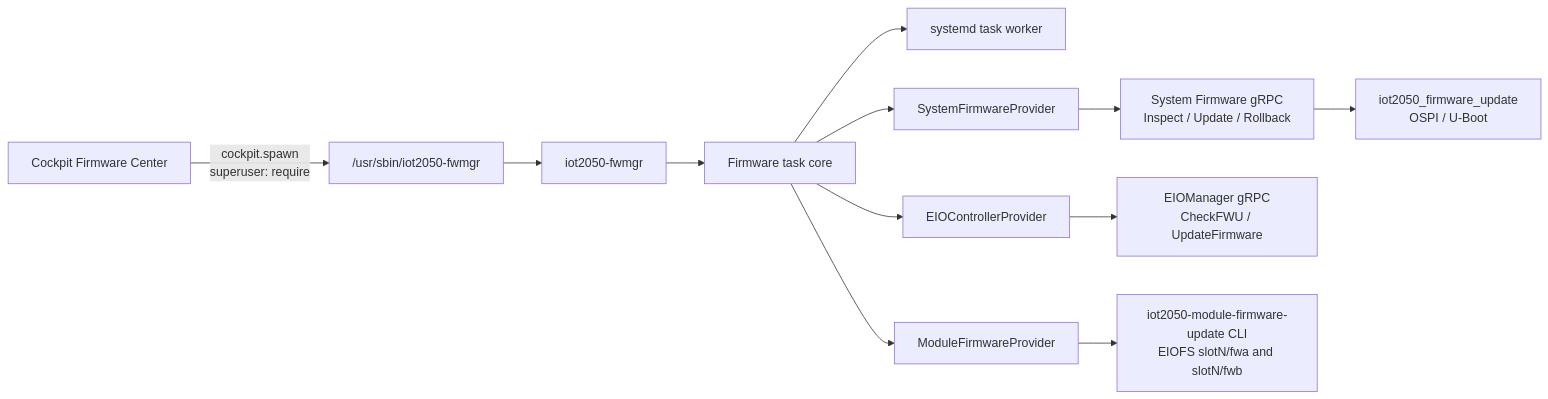
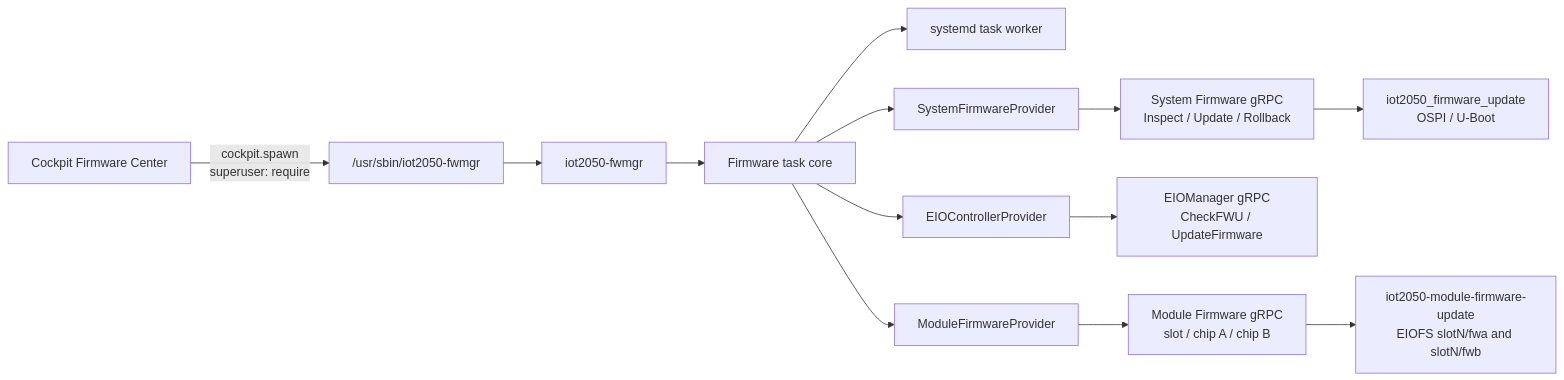
Before and after one commit to huaqianli/meta-iot2050: the diagram in doc/firmware-center.md, drawn with Mermaid. The commit also changed other lines of this file and 17 other files, not shown here.

````diff
--- a/doc/firmware-center.md
+++ b/doc/firmware-center.md
@@ -25,27 +26,29 @@
 ```mermaid
 flowchart LR
     UI[Cockpit Firmware Center]
     CLI["/usr/sbin/iot2050-fwmgr"]
     Backend[iot2050-fwmgr]
     Worker[systemd task worker]
     Manager[Firmware task core]
     System[SystemFirmwareProvider]
     SystemRPC[System Firmware gRPC<br/>Inspect / Update / Rollback]
     Controller[EIOControllerProvider]
     Module[ModuleFirmwareProvider]
     SystemBackend[iot2050_firmware_update<br/>OSPI / U-Boot]
     ControllerRPC[EIOManager gRPC<br/>CheckFWU / UpdateFirmware]
-    ModuleBackend[iot2050-module-firmware-update CLI<br/>EIOFS slotN/fwa and slotN/fwb]
+    ModuleRPC[Module Firmware gRPC<br/>slot / chip A / chip B]
+    ModuleBackend[iot2050-module-firmware-update<br/>EIOFS slotN/fwa and slotN/fwb]
 
     UI -->|cockpit.spawn<br/>superuser: require| CLI
     CLI --> Backend
     Backend --> Manager
     Manager --> System
     Manager --> Controller
     Manager --> Module
     Manager --> Worker
     System --> SystemRPC
     SystemRPC --> SystemBackend
     Controller --> ControllerRPC
-    Module --> ModuleBackend
+    Module --> ModuleRPC
+    ModuleRPC --> ModuleBackend
 ```
````
